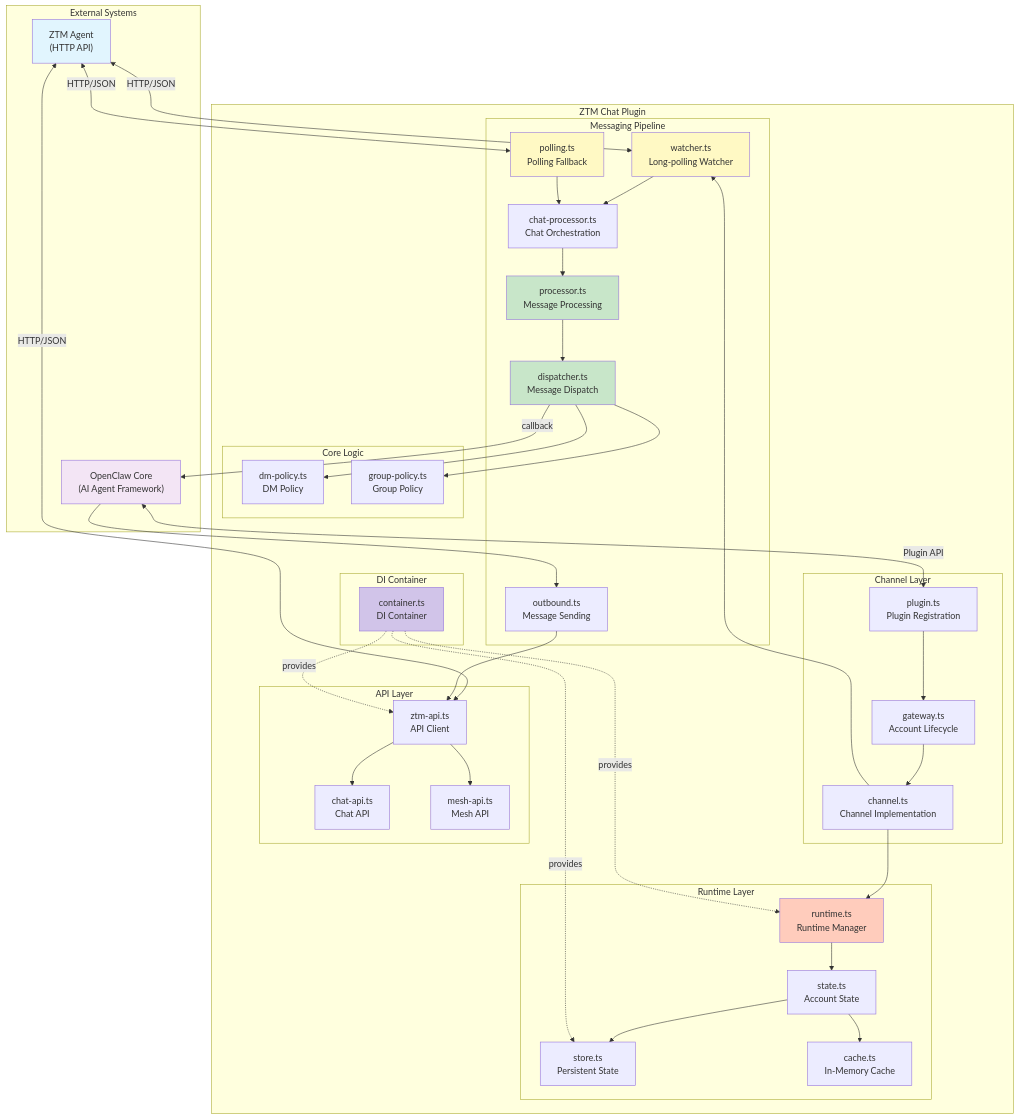
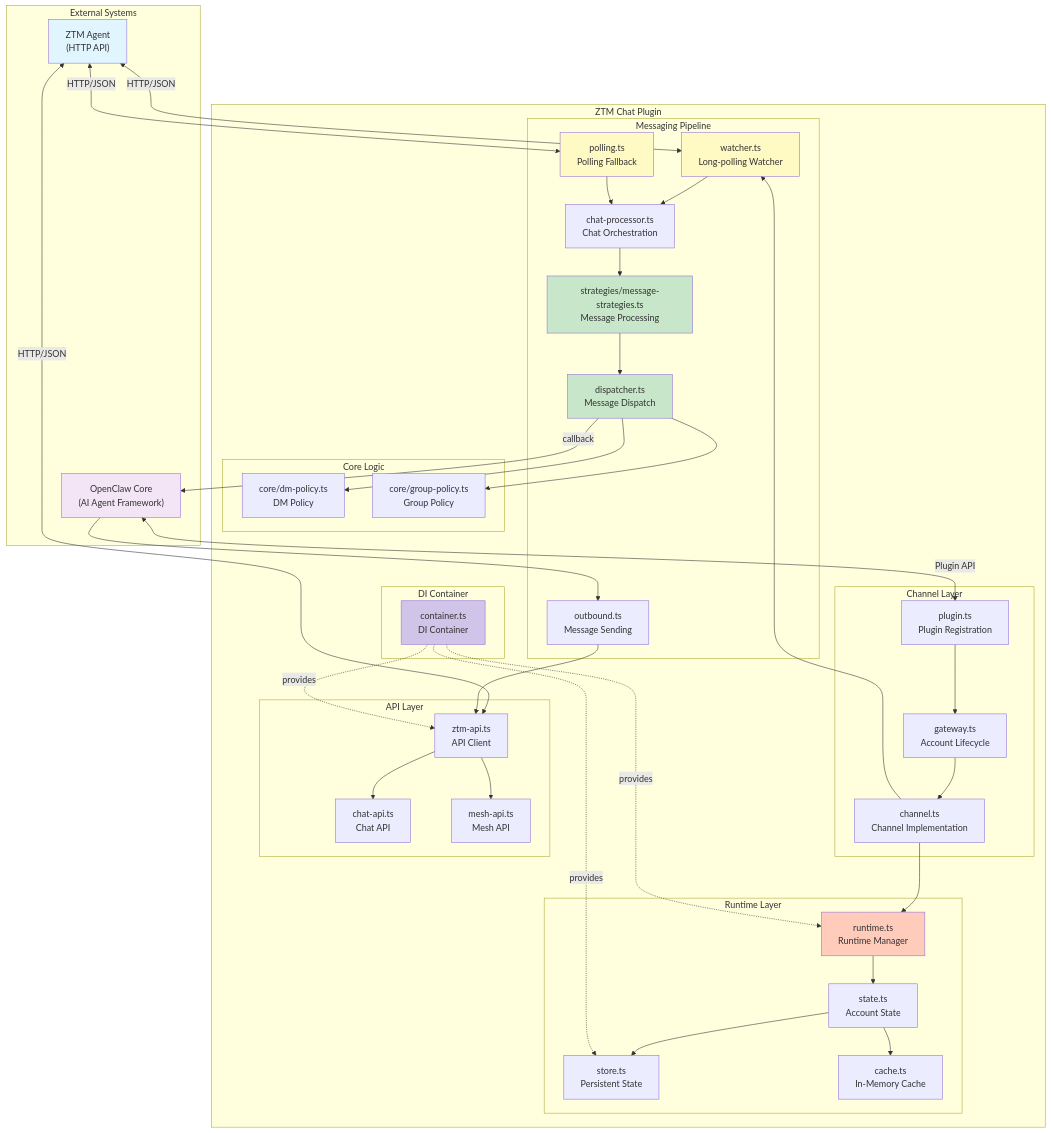
Before and after one commit to clawparty-ai/openclaw-channel-plugin-ztm: the first of 14 diagrams in docs/architecture.md, drawn with Mermaid. The commit also changed other lines of this file, not shown here.

First line of the commit message:
docs: comprehensive architecture.md documentation

```diff
--- a/docs/architecture.md
+++ b/docs/architecture.md
@@ -33,14 +50,14 @@
             Watcher["watcher.ts<br/>Long-polling Watcher"]
             Poller["polling.ts<br/>Polling Fallback"]
             ChatProc["chat-processor.ts<br/>Chat Orchestration"]
-            Processor["processor.ts<br/>Message Processing"]
+            Processor["strategies/message-strategies.ts<br/>Message Processing"]
             Dispatcher["dispatcher.ts<br/>Message Dispatch"]
             Outbound["outbound.ts<br/>Message Sending"]
         end
 
         subgraph "Core Logic"
-            DMPolicy["dm-policy.ts<br/>DM Policy"]
-            GroupPolicy["group-policy.ts<br/>Group Policy"]
+            DMPolicy["core/dm-policy.ts<br/>DM Policy"]
+            GroupPolicy["core/group-policy.ts<br/>Group Policy"]
         end
 
         subgraph "Runtime Layer"
```
